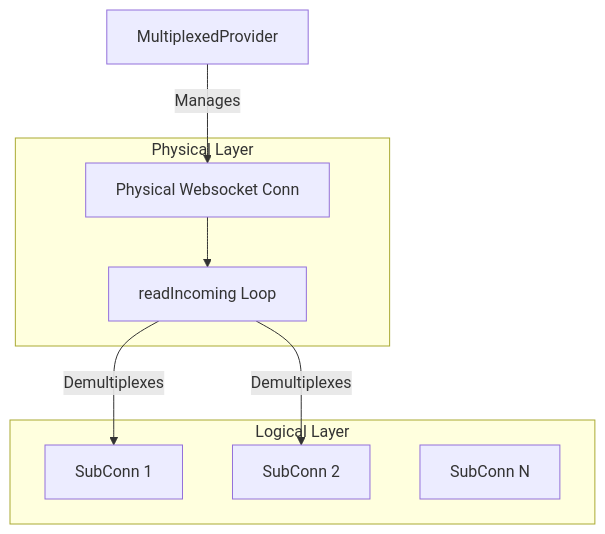
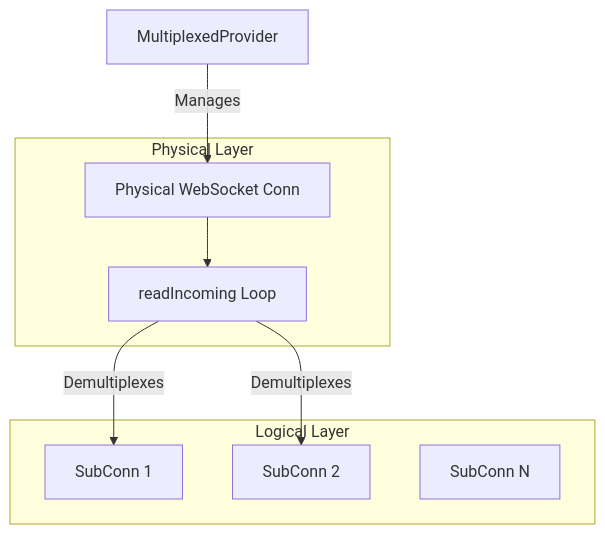
The diagram in docs/platform/view/services/comm/multiplexer.md (hyperledger-labs/fabric-smart-client), drawn with Mermaid before and after one commit. The commit also changed other lines of this file and 55 other files, not shown here.

````diff
--- a/docs/platform/view/services/comm/multiplexer.md
+++ b/docs/platform/view/services/comm/multiplexer.md
@@ -18,20 +18,20 @@
 ```mermaid
 graph TD
     Provider[MultiplexedProvider]
     
     subgraph "Physical Layer"
-        PConn[Physical Websocket Conn]
+        PConn[Physical WebSocket Conn]
         ReadLoop[readIncoming Loop]
     end
     
     subgraph "Logical Layer"
         Sub1[SubConn 1]
         Sub2[SubConn 2]
         SubN[SubConn N]
     end
     
     Provider -->|Manages| PConn
     PConn --> ReadLoop
     ReadLoop -->|Demultiplexes| Sub1
     ReadLoop -->|Demultiplexes| Sub2
 ```
````
